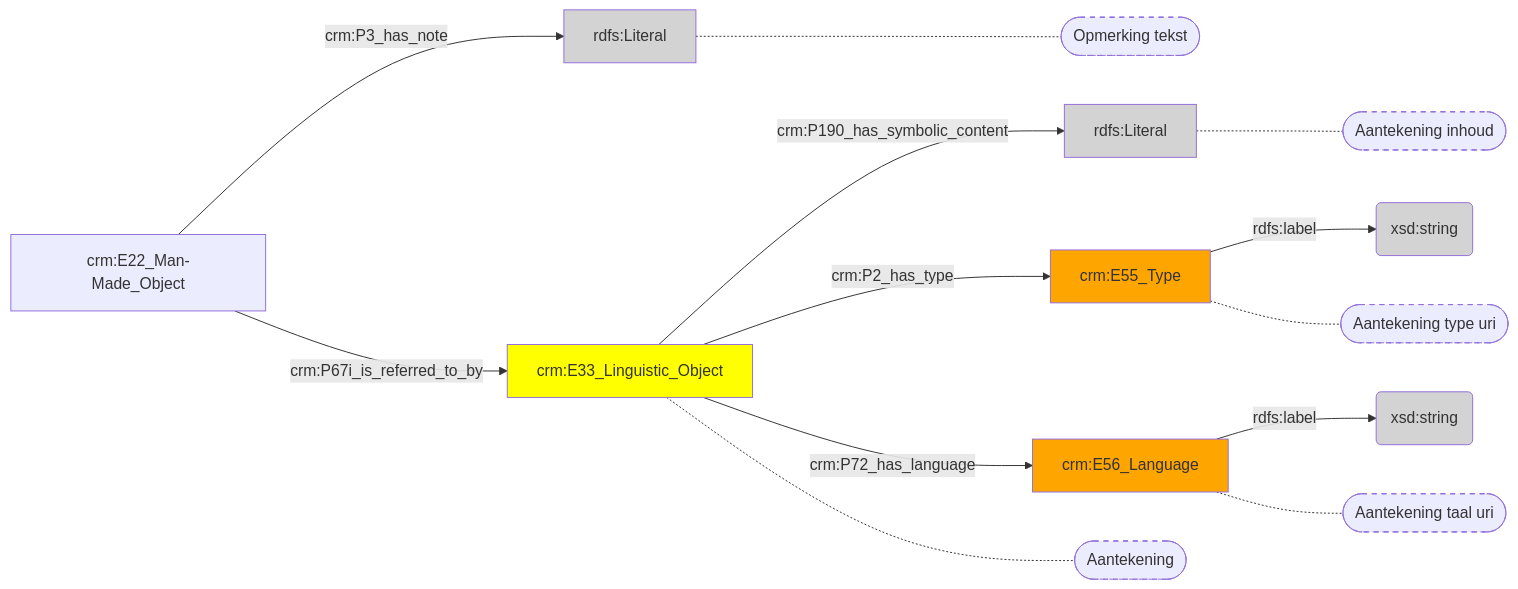
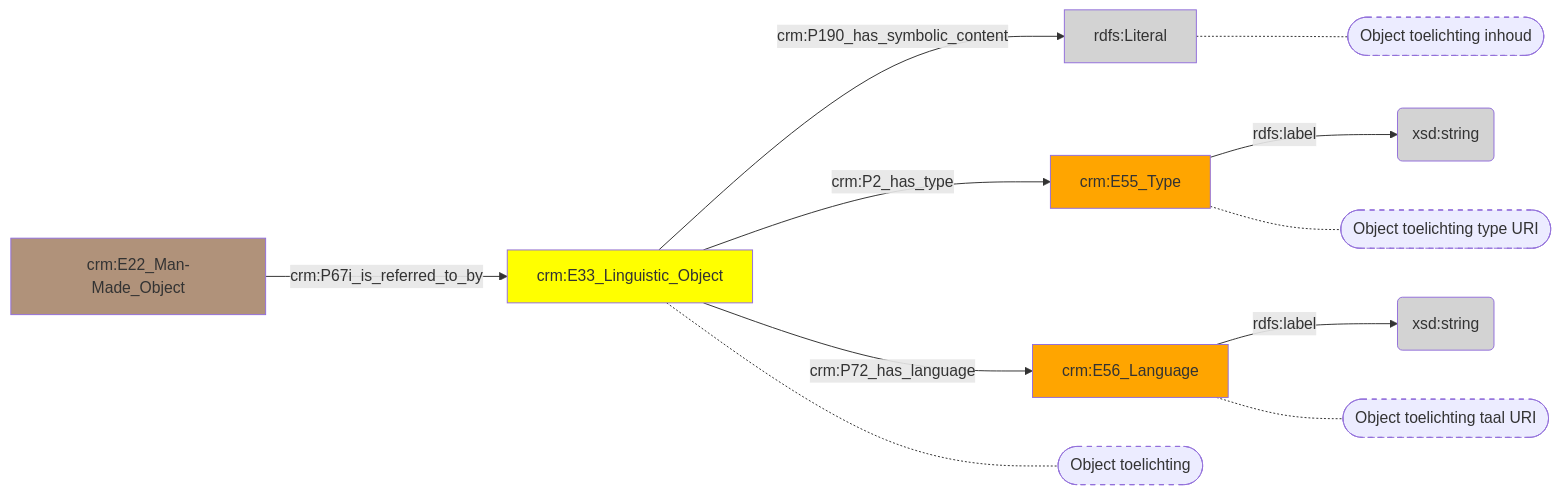
The diagram in docs/content/modellen/MuseologicalItem/Aantekeningen.md (digipolisantwerpdocumentation/antwerp-cultureel-erfgoed), drawn with Mermaid before and after one commit. The commit also changed 29 other files, not shown here.

````diff
--- a/docs/content/modellen/MuseologicalItem/Aantekeningen.md
+++ b/docs/content/modellen/MuseologicalItem/Aantekeningen.md
@@ -1,27 +1,24 @@
 ```mermaid
 graph LR
 5989fdd8-ee3b-11ed-9655-00163e71351b["crm:E33_Linguistic_Object"]-->|"crm:P190_has_symbolic_content"|598a0382-ee3b-11ed-9655-00163e71351b(rdfs:Literal)
 598a0170-ee3b-11ed-9655-00163e71351b["crm:E55_Type"]-->|"rdfs:label"|598a054e-ee3b-11ed-9655-00163e71351b(xsd:string)
 598a0292-ee3b-11ed-9655-00163e71351b["crm:E56_Language"]-->|"rdfs:label"|598a0468-ee3b-11ed-9655-00163e71351b(xsd:string)
-fa95cea2-dd27-11ed-9655-00163e71351b["crm:E22_Man-Made_Object"]-->|"crm:P3_has_note"|f9afbb9e-eda1-11ed-9232-00163e71351b(rdfs:Literal)
 5989fdd8-ee3b-11ed-9655-00163e71351b["crm:E33_Linguistic_Object"]-->|"crm:P2_has_type"|598a0170-ee3b-11ed-9655-00163e71351b["crm:E55_Type"]
 5989fdd8-ee3b-11ed-9655-00163e71351b["crm:E33_Linguistic_Object"]-->|"crm:P72_has_language"|598a0292-ee3b-11ed-9655-00163e71351b["crm:E56_Language"]
 fa95cea2-dd27-11ed-9655-00163e71351b["crm:E22_Man-Made_Object"]-->|"crm:P67i_is_referred_to_by"|5989fdd8-ee3b-11ed-9655-00163e71351b["crm:E33_Linguistic_Object"]
-598a0382-ee3b-11ed-9655-00163e71351b["rdfs:Literal"]-.-598a0382-ee3b-11ed-9655-00163e71351b_s(["Aantekening inhoud"])
-598a0170-ee3b-11ed-9655-00163e71351b["crm:E55_Type"]-.-598a0170-ee3b-11ed-9655-00163e71351b_s(["Aantekening type uri"])
-598a0292-ee3b-11ed-9655-00163e71351b["crm:E56_Language"]-.-598a0292-ee3b-11ed-9655-00163e71351b_s(["Aantekening taal uri"])
-f9afbb9e-eda1-11ed-9232-00163e71351b["rdfs:Literal"]-.-f9afbb9e-eda1-11ed-9232-00163e71351b_s(["Opmerking tekst"])
-5989fdd8-ee3b-11ed-9655-00163e71351b["crm:E33_Linguistic_Object"]-.-5989fdd8-ee3b-11ed-9655-00163e71351b_s(["Aantekening"])
+598a0382-ee3b-11ed-9655-00163e71351b["rdfs:Literal"]-.-598a0382-ee3b-11ed-9655-00163e71351b_s(["Object toelichting inhoud"])
+598a0170-ee3b-11ed-9655-00163e71351b["crm:E55_Type"]-.-598a0170-ee3b-11ed-9655-00163e71351b_s(["Object toelichting type URI"])
+598a0292-ee3b-11ed-9655-00163e71351b["crm:E56_Language"]-.-598a0292-ee3b-11ed-9655-00163e71351b_s(["Object toelichting taal URI"])
+5989fdd8-ee3b-11ed-9655-00163e71351b["crm:E33_Linguistic_Object"]-.-5989fdd8-ee3b-11ed-9655-00163e71351b_s(["Object toelichting"])
 style 598a0382-ee3b-11ed-9655-00163e71351b_s stroke-dasharray: 5
 style 598a0170-ee3b-11ed-9655-00163e71351b_s stroke-dasharray: 5
 style 598a0292-ee3b-11ed-9655-00163e71351b_s stroke-dasharray: 5
-style f9afbb9e-eda1-11ed-9232-00163e71351b_s stroke-dasharray: 5
 style 5989fdd8-ee3b-11ed-9655-00163e71351b_s stroke-dasharray: 5
 style 5989fdd8-ee3b-11ed-9655-00163e71351b fill:#ffff00
 style 598a0170-ee3b-11ed-9655-00163e71351b fill:#ffa500
 style 598a0292-ee3b-11ed-9655-00163e71351b fill:#ffa500
 style 598a0382-ee3b-11ed-9655-00163e71351b fill:#D3D3D3
 style 598a0468-ee3b-11ed-9655-00163e71351b fill:#D3D3D3
 style 598a054e-ee3b-11ed-9655-00163e71351b fill:#D3D3D3
-style f9afbb9e-eda1-11ed-9232-00163e71351b fill:#D3D3D3
+style fa95cea2-dd27-11ed-9655-00163e71351b fill:#B0927A
 ```
````
